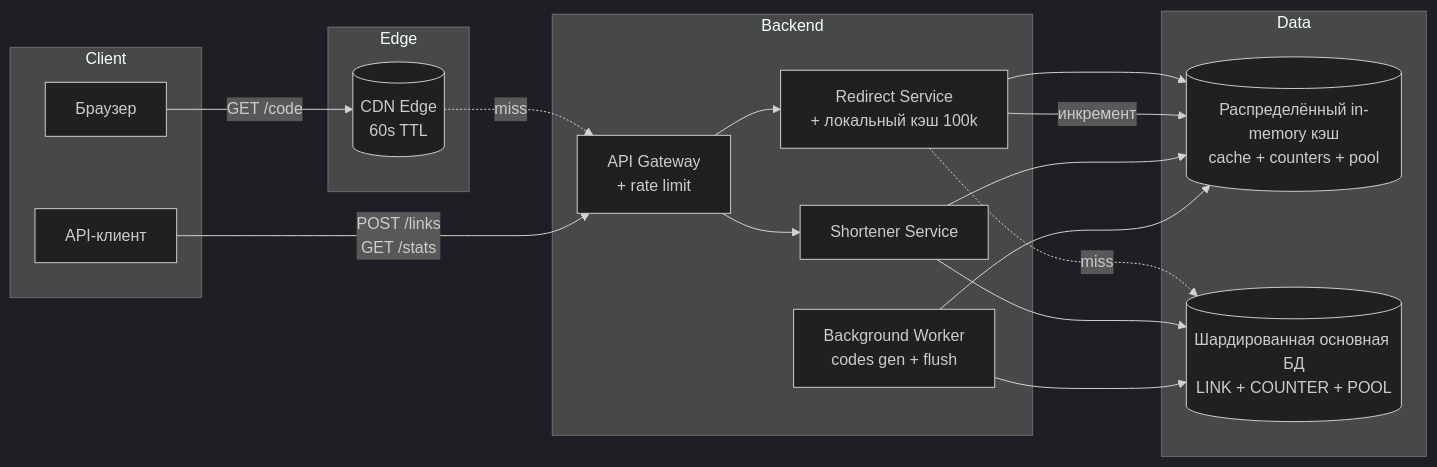
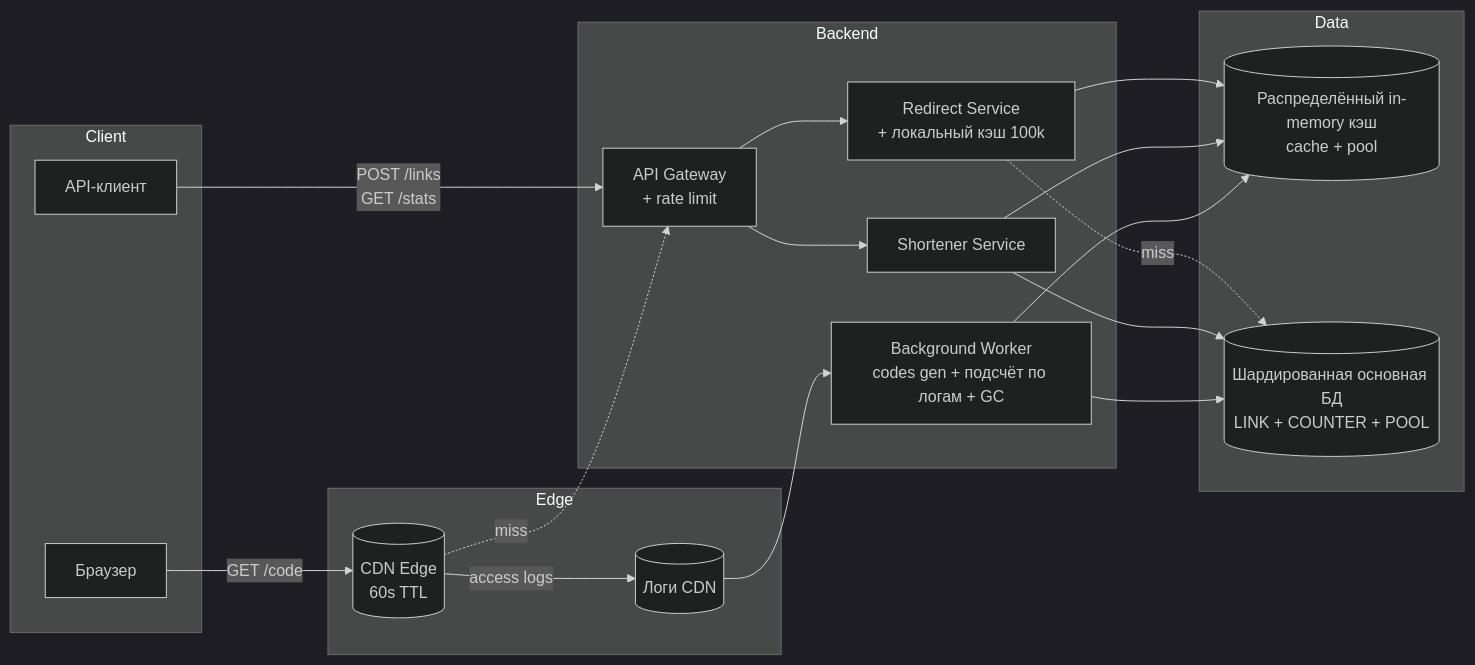
Before and after one commit to f1yToMoon/url_shortener: the third of 9 diagrams in README.md, drawn with Mermaid (dark theme). The commit also changed other lines of this file, not shown here.

````diff
--- a/README.md
+++ b/README.md
@@ -256,40 +267,42 @@
 ```mermaid
 graph LR
   subgraph Client
     UserBrowser[Браузер]
     APIClient[API-клиент]
   end
 
   subgraph Edge
     CDN[(CDN Edge<br/>60s TTL)]
+    Logs[(Логи CDN)]
   end
 
   subgraph Backend
     GW[API Gateway<br/>+ rate limit]
     Redir[Redirect Service<br/>+ локальный кэш 100k]
     Short[Shortener Service]
-    Worker[Background Worker<br/>codes gen + flush]
+    Worker[Background Worker<br/>codes gen + подсчёт по логам + GC]
   end
 
   subgraph Data
-    KV[(Распределённый in-memory кэш<br/>cache + counters + pool)]
+    KV[(Распределённый in-memory кэш<br/>cache + pool)]
     DB[(Шардированная основная БД<br/>LINK + COUNTER + POOL)]
   end
 
   UserBrowser -->|GET /code| CDN
   CDN -.miss.-> GW
+  CDN -->|access logs| Logs
   APIClient -->|POST /links<br/>GET /stats| GW
 
   GW --> Redir
   GW --> Short
 
   Redir --> KV
   Redir -.miss.-> DB
-  Redir -->|инкремент| KV
 
   Short --> KV
   Short --> DB
 
+  Logs --> Worker
   Worker --> KV
   Worker --> DB
 ```
````
